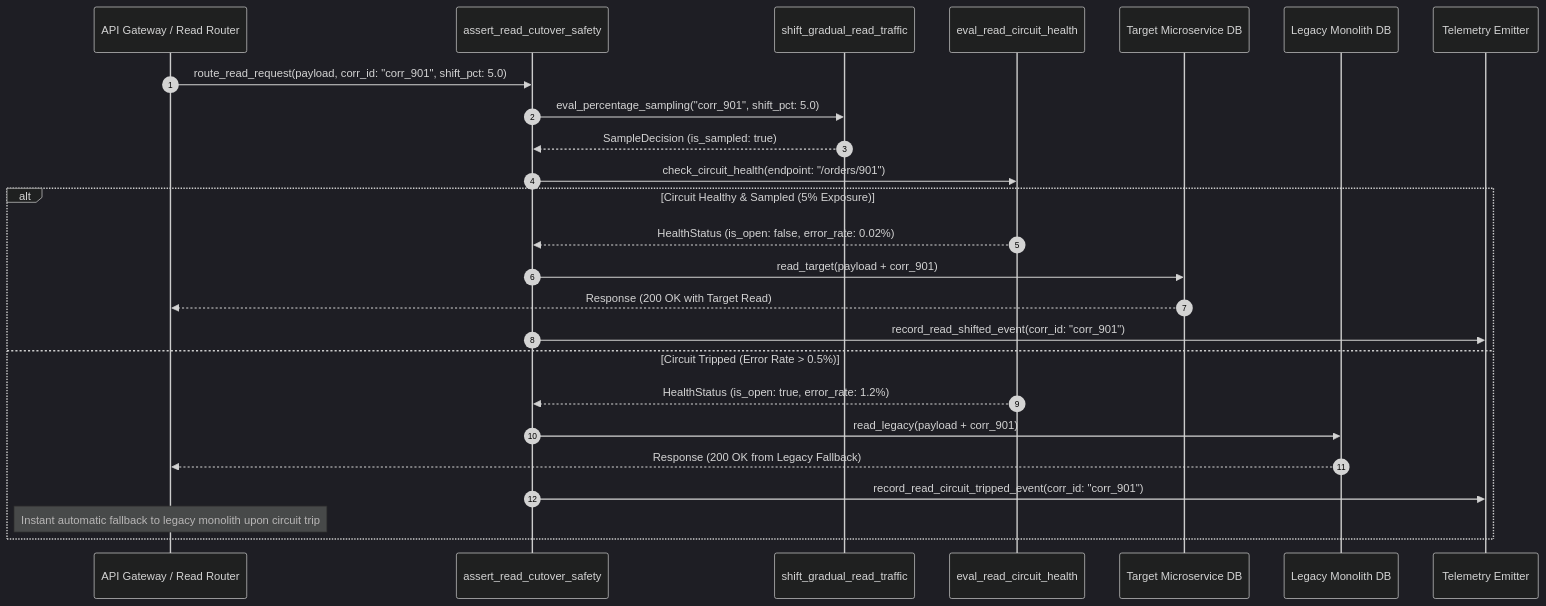
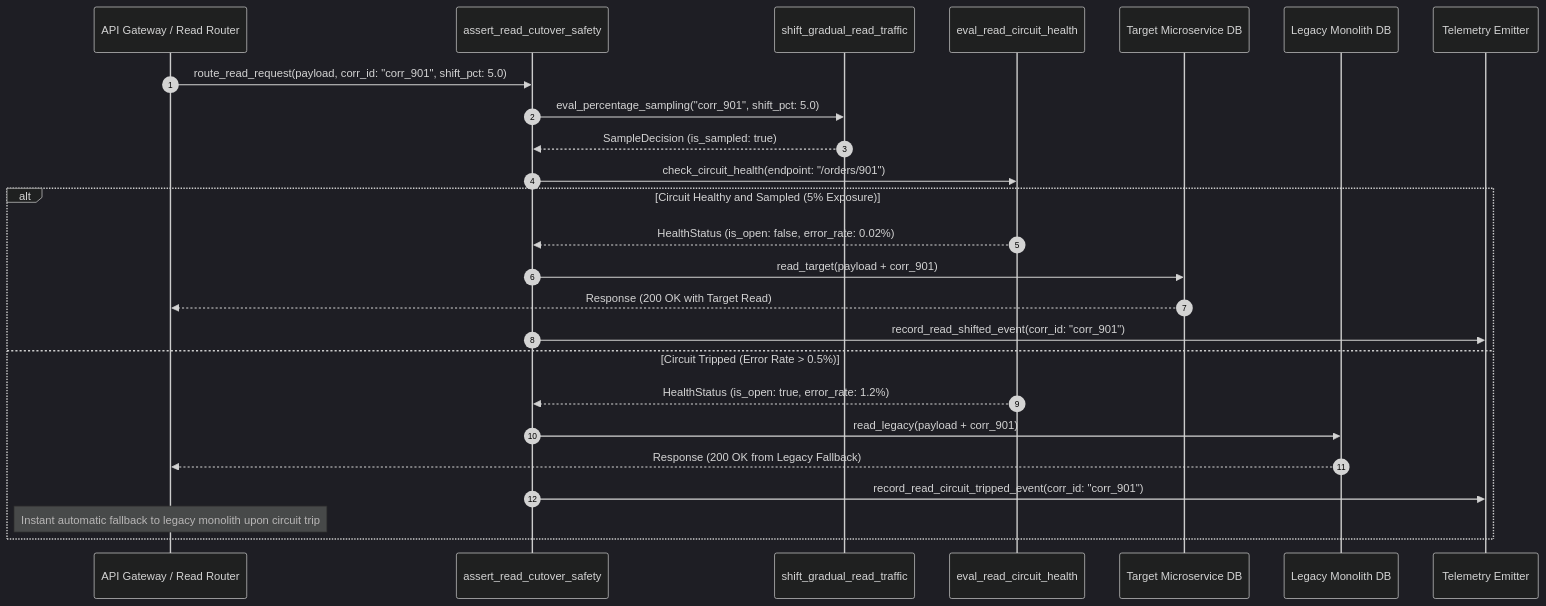
Before and after one commit to Chief-Strategist-J/llm-observability-platform: the second of 2 diagrams in notebooks/runbooks/refs/10-core-patterns-and-cutover/circuit-breaker-gated-gradual-read-cutover.md, drawn with Mermaid (dark theme). The commit also changed 52 other files, not shown here.

Commit message:
fix(docs): resolve all Mermaid diagram syntax errors across runbook suite

````diff
--- a/notebooks/runbooks/refs/10-core-patterns-and-cutover/circuit-breaker-gated-gradual-read-cutover.md
+++ b/notebooks/runbooks/refs/10-core-patterns-and-cutover/circuit-breaker-gated-gradual-read-cutover.md
@@ -57,31 +57,31 @@
 ```mermaid
 sequenceDiagram
     autonumber
     participant Gateway as API Gateway / Read Router
     participant Guard as assert_read_cutover_safety
     participant Shifter as shift_gradual_read_traffic
     participant Circuit as eval_read_circuit_health
     participant TargetSvc as Target Microservice DB
     participant LegacySvc as Legacy Monolith DB
     participant Audit as Telemetry Emitter
 
     Gateway->>Guard: route_read_request(payload, corr_id: "corr_901", shift_pct: 5.0)
     
     Guard->>Shifter: eval_percentage_sampling("corr_901", shift_pct: 5.0)
     Shifter-->>Guard: SampleDecision (is_sampled: true)
 
     Guard->>Circuit: check_circuit_health(endpoint: "/orders/901")
     
-    alt Circuit Healthy & Sampled (5% Exposure)
+    alt Circuit Healthy and Sampled (5% Exposure)
         Circuit-->>Guard: HealthStatus (is_open: false, error_rate: 0.02%)
         Guard->>TargetSvc: read_target(payload + corr_901)
         TargetSvc-->>Gateway: Response (200 OK with Target Read)
         Guard->>Audit: record_read_shifted_event(corr_id: "corr_901")
     else Circuit Tripped (Error Rate > 0.5%)
         Circuit-->>Guard: HealthStatus (is_open: true, error_rate: 1.2%)
         Guard->>LegacySvc: read_legacy(payload + corr_901)
         LegacySvc-->>Gateway: Response (200 OK from Legacy Fallback)
         Guard->>Audit: record_read_circuit_tripped_event(corr_id: "corr_901")
         Note over Gateway: Instant automatic fallback to legacy monolith upon circuit trip
     end
 ```
````
